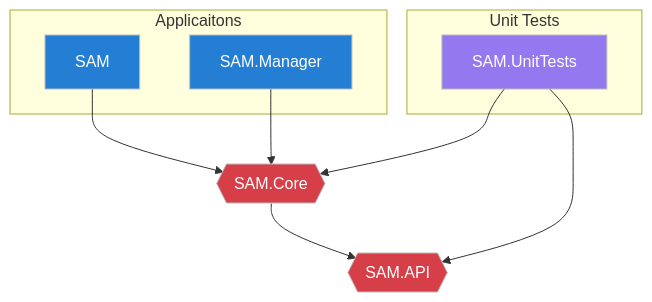
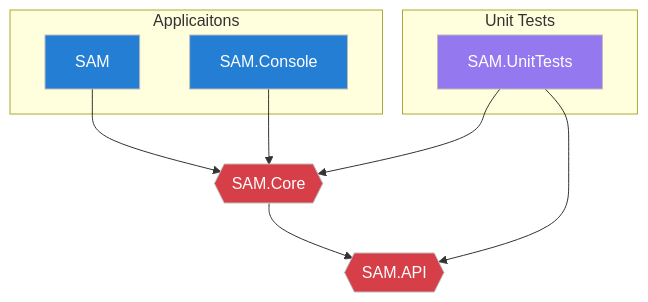
The diagram in README.md (syntax-tm/SteamAchievementManager), drawn with Mermaid before and after one commit. The commit also changed other lines of this file and 3 other files, not shown here.

````diff
--- a/README.md
+++ b/README.md
@@ -41,21 +40,21 @@
 ```mermaid
 %%{init: {"flowchart": {"htmlLabels": false, "width": "100%"}} }%%
 flowchart TB
     subgraph Applicaitons
         S["SAM"]:::app
-        SM["SAM.Manager"]:::app
+        SM["SAM.Console"]:::app
     end
     subgraph Unit Tests
       SU["SAM.UnitTests"]:::unitTests
     end
     SC{{"SAM.Core"}}:::library
     SA{{"SAM.API"}}:::library
     S --> SC
     SM --> SC
     SC --> SA
     SU --> SC
     SU --> SA
     classDef app fill:#247FD4,stroke:#bbb,stroke-width:1px,color:#fff
     classDef library fill:#D63E48,stroke:#bbb,stroke-width:1px,color:#fff
     classDef unitTests fill:#9478F0,stroke:#bbb,stroke-width:1px,color:#fff
 ```
````
